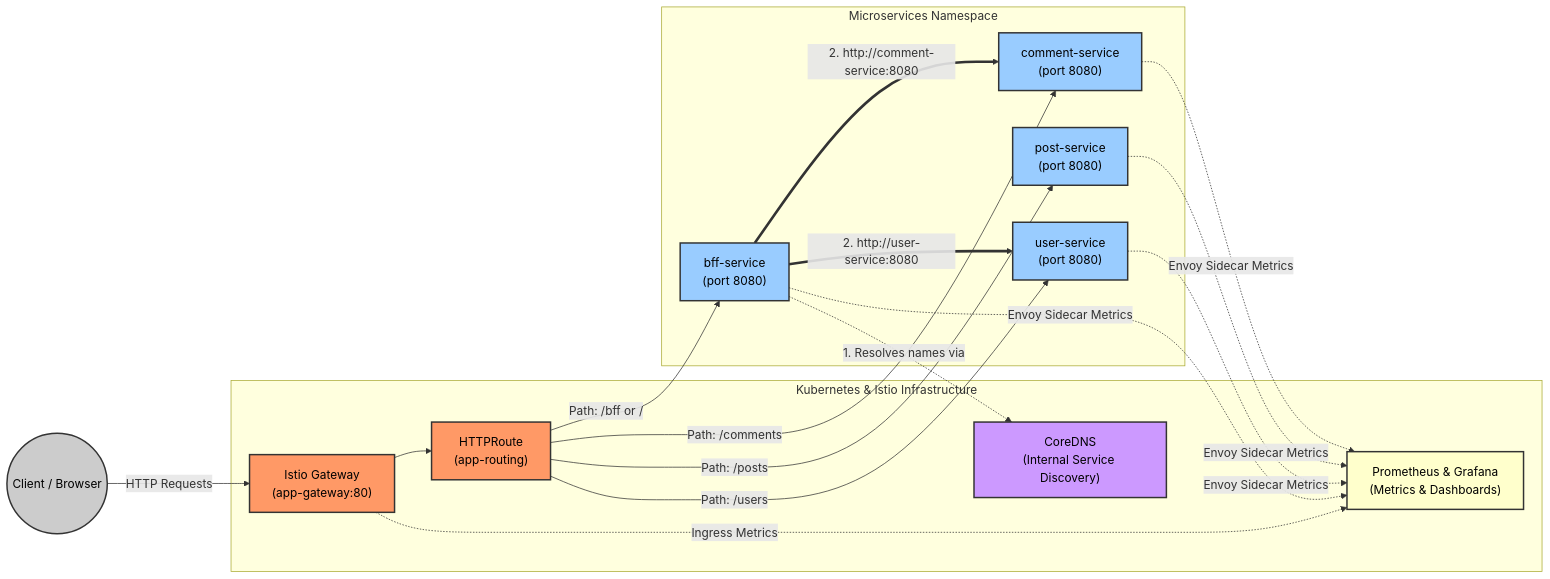
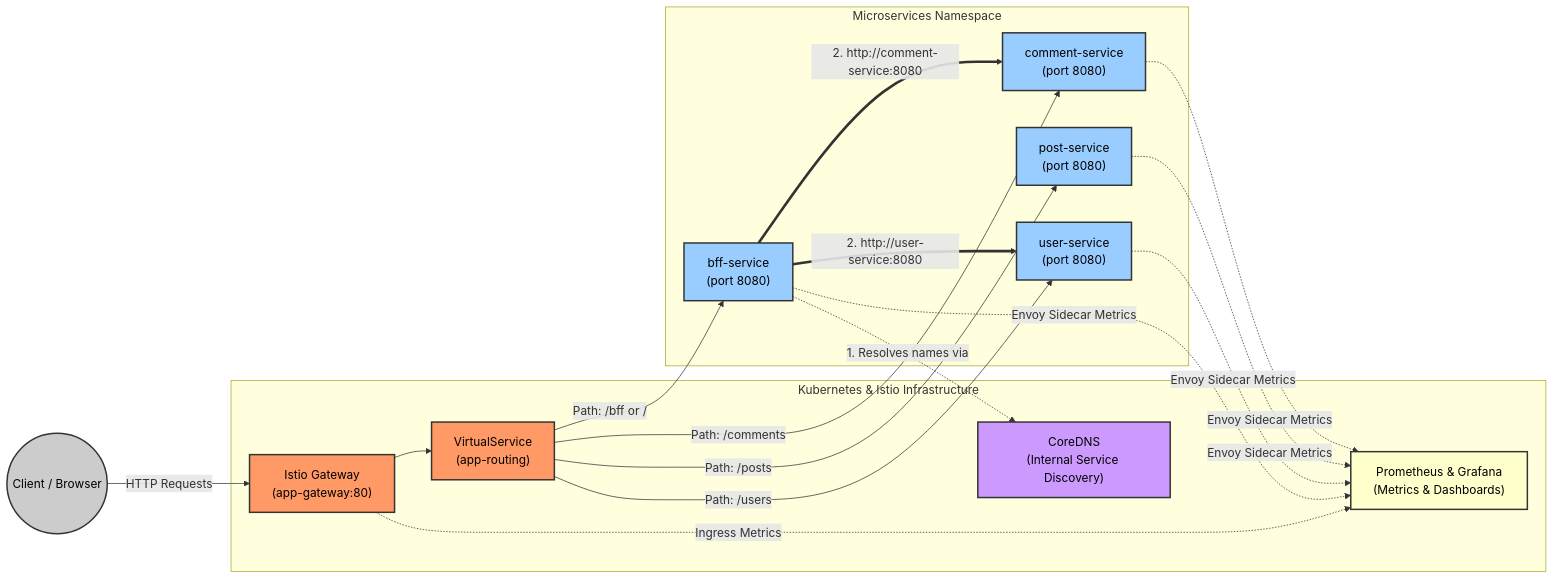
Before and after one commit to MatteV02/learn-microservices: the second of 2 diagrams in modules/kubernetes/slides/9 - First Istio architecture.md, drawn with Mermaid. The commit also changed other lines of this file and 3 other files, not shown here.

````diff
--- a/modules/kubernetes/slides/9 - First Istio architecture.md
+++ b/modules/kubernetes/slides/9 - First Istio architecture.md
@@ -199,57 +204,57 @@
 ```mermaid
 graph LR
     %% Define Nodes and Subgraphs
     Client((Client / Browser))
 
     subgraph ClusterInfra ["Kubernetes & Istio Infrastructure"]
         Gateway["Istio Gateway<br/>(app-gateway:80)"]
-        HTTPRoute["HTTPRoute<br/>(app-routing)"]
+        HTTPRoute["VirtualService<br/>(app-routing)"]
         CoreDNS["CoreDNS<br/>(Internal Service Discovery)"]
         
         
         PromGraf["Prometheus & Grafana<br/>(Metrics & Dashboards)"]
         
     end
 
     subgraph Services ["Microservices Namespace"]
         BFF["bff-service<br/>(port 8080)"]
         User["user-service<br/>(port 8080)"]
         Post["post-service<br/>(port 8080)"]
         Comment["comment-service<br/>(port 8080)"]
     end
 
     %% External Traffic
     Client -->|HTTP Requests| Gateway
     Gateway --> HTTPRoute
 
     %% Istio Routing Rules (HTTPRoute)
     HTTPRoute -->|Path: /users| User
     HTTPRoute -->|Path: /posts| Post
     HTTPRoute -->|Path: /comments| Comment
     HTTPRoute -->|Path: /bff or /| BFF
 
     %% Inter-service Communication (BFF to downstream services)
     BFF -.->|1. Resolves names via| CoreDNS
     BFF ==>|2. http://user-service:8080| User
     BFF ==>|2. http://comment-service:8080| Comment
 
     %% Istio Telemetry & Monitoring Data Flow
     Gateway -.->|Ingress Metrics| PromGraf
     BFF -.->|Envoy Sidecar Metrics| PromGraf
     User -.->|Envoy Sidecar Metrics| PromGraf
     Post -.->|Envoy Sidecar Metrics| PromGraf
     Comment -.->|Envoy Sidecar Metrics| PromGraf
 
     %% Styling
     classDef istio fill:#f96,stroke:#333,stroke-width:2px,color:#000;
     classDef service fill:#9cf,stroke:#333,stroke-width:2px,color:#000;
     classDef infra fill:#c9f,stroke:#333,stroke-width:2px,color:#000;
     classDef monitor fill:#ffc,stroke:#333,stroke-width:2px,color:#000;
     classDef client fill:#ccc,stroke:#333,stroke-width:2px,color:#000;
 
     class Gateway,HTTPRoute istio;
     class BFF,User,Post,Comment service;
     class CoreDNS infra;
     class PromGraf monitor;
     class Client client;
 ```
````
